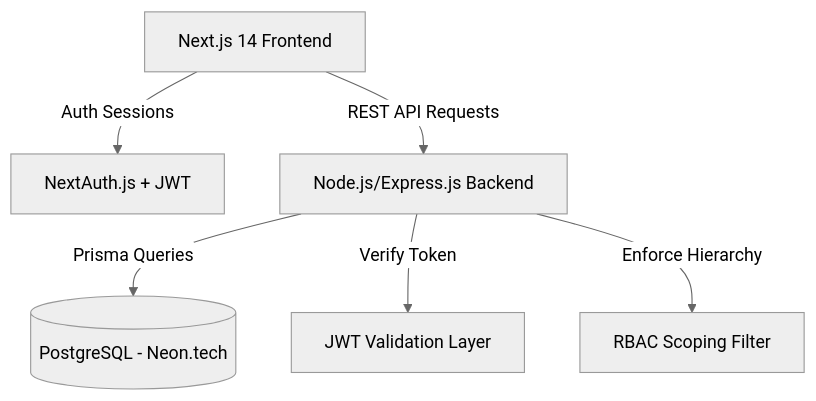
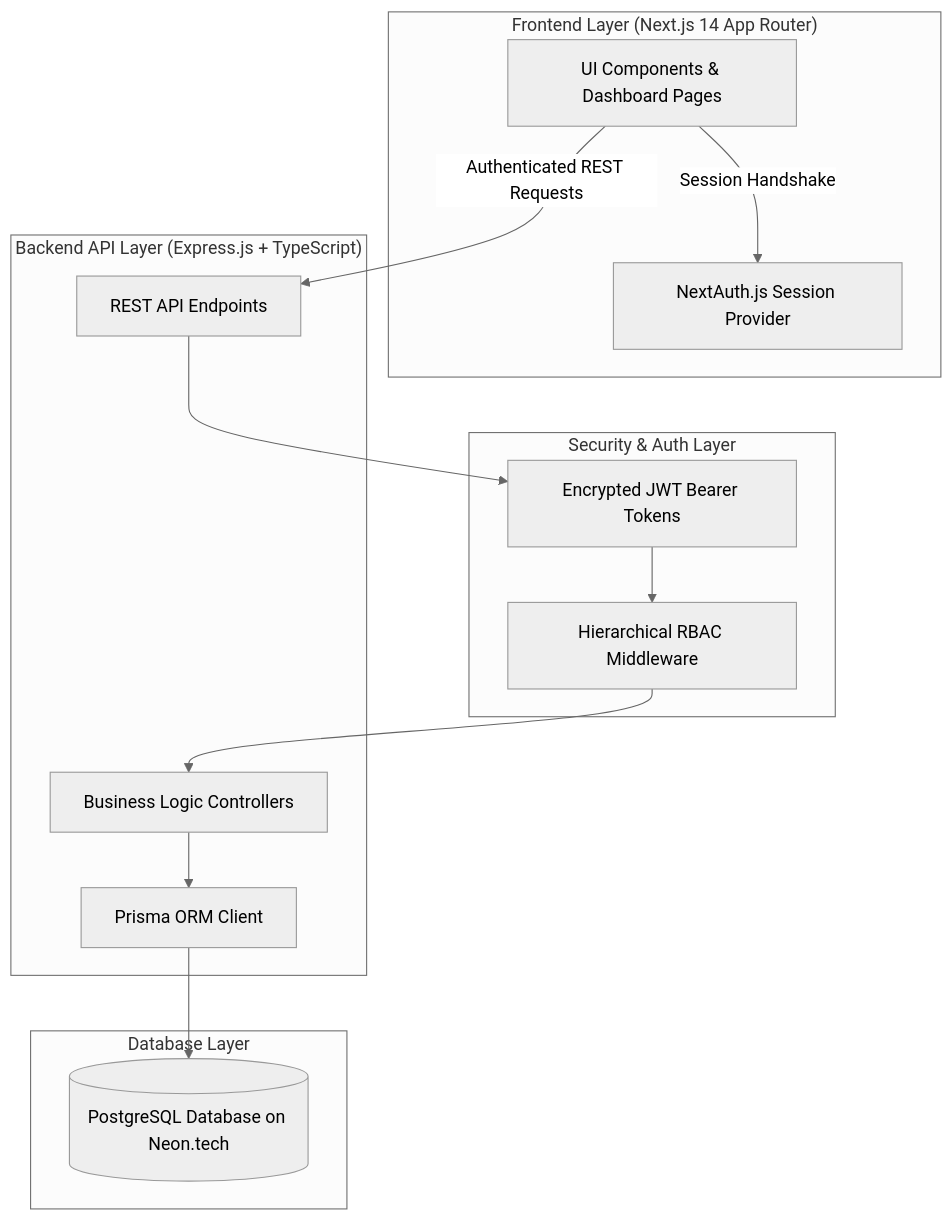
Before and after one commit to Alfaz-17/MediaaMasala-CRM: the diagram in README.md, drawn with Mermaid (neutral theme). The commit also changed other lines of this file and 2 other files, not shown here.

````diff
--- a/README.md
+++ b/README.md
@@ -50,8 +52,30 @@
 ```mermaid
 graph TD
-    Client[Next.js 14 Frontend] -->|Auth Sessions| NextAuth[NextAuth.js + JWT]
-    Client -->|REST API Requests| Express[Node.js/Express.js Backend]
-    Express -->|Prisma Queries| Neon[(PostgreSQL - Neon.tech)]
-    Express -->|Verify Token| JWT[JWT Validation Layer]
-    Express -->|Enforce Hierarchy| RBAC[RBAC Scoping Filter]
+    subgraph Client ["Frontend Layer (Next.js 14 App Router)"]
+        UI[UI Components & Dashboard Pages]
+        AuthClient[NextAuth.js Session Provider]
+    end
+
+    subgraph Security ["Security & Auth Layer"]
+        JWT[Encrypted JWT Bearer Tokens]
+        RBAC[Hierarchical RBAC Middleware]
+    end
+
+    subgraph Backend ["Backend API Layer (Express.js + TypeScript)"]
+        Routes[REST API Endpoints]
+        Controllers[Business Logic Controllers]
+        Prisma[Prisma ORM Client]
+    end
+
+    subgraph Storage ["Database Layer"]
+        Neon[(PostgreSQL Database on Neon.tech)]
+    end
+
+    UI -->|Session Handshake| AuthClient
+    UI -->|Authenticated REST Requests| Routes
+    Routes --> JWT
+    JWT --> RBAC
+    RBAC --> Controllers
+    Controllers --> Prisma
+    Prisma --> Neon
 ```
````
